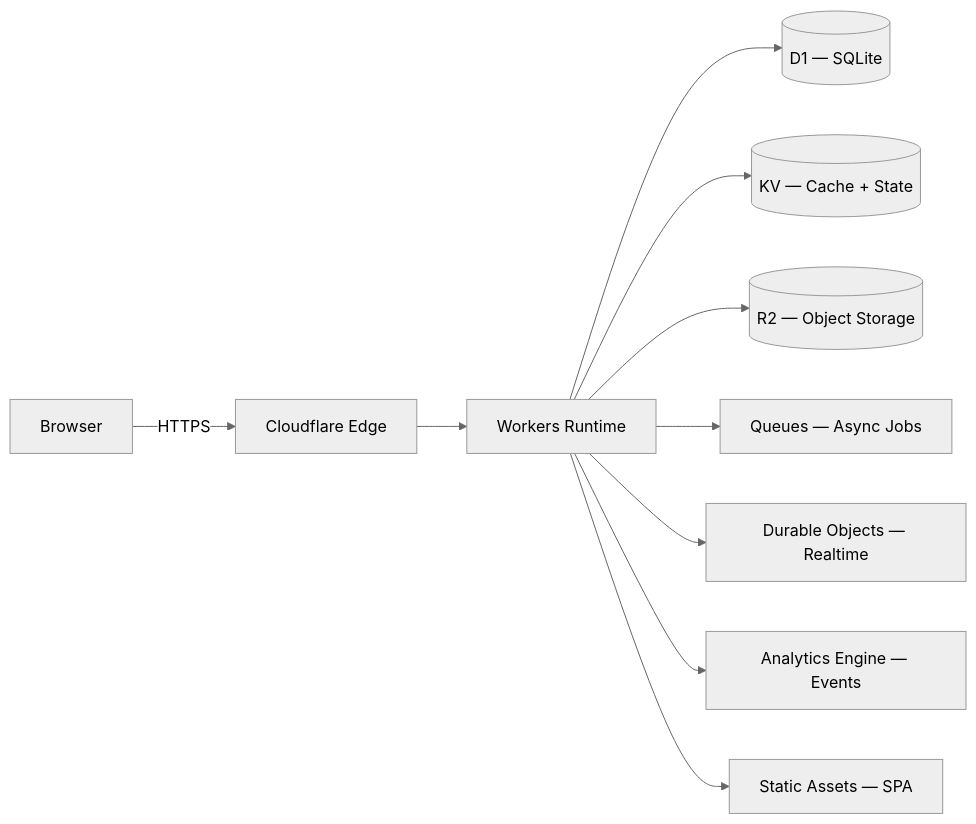
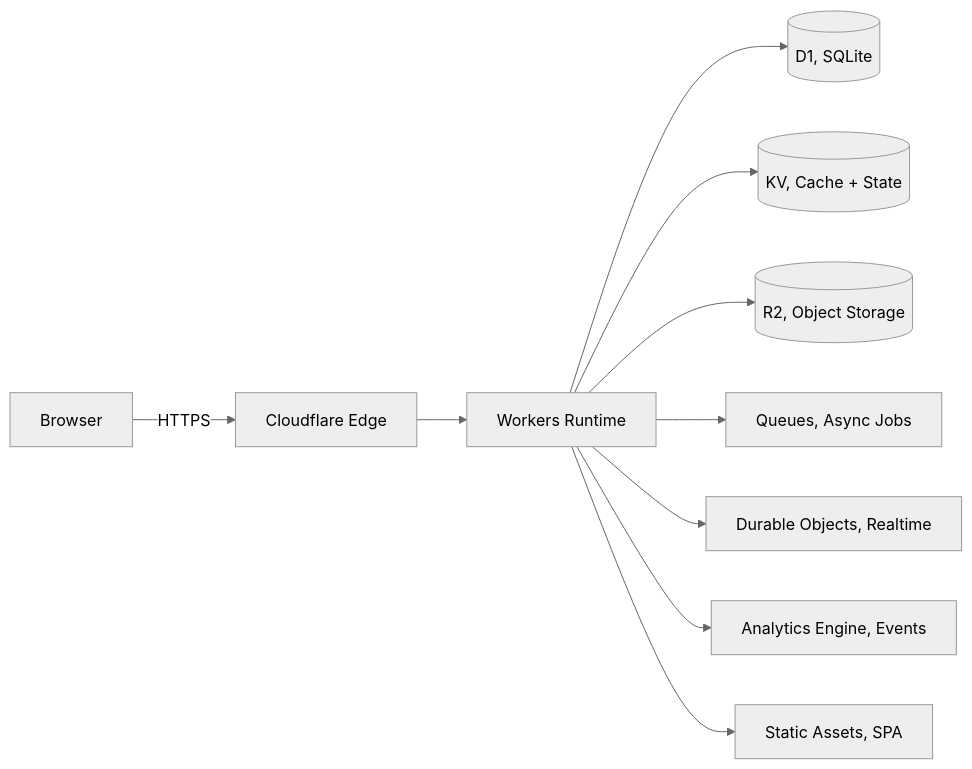
Before and after one commit to thinkdj/ottabase: the fourth of 13 diagrams in ARCHITECTURE.md, drawn with Mermaid (neutral theme). The commit also changed other lines of this file and 778 other files, not shown here.

````diff
--- a/ARCHITECTURE.md
+++ b/ARCHITECTURE.md
@@ -151,13 +151,13 @@
 ```mermaid
 flowchart LR
     Client[Browser] -->|HTTPS| Edge[Cloudflare Edge]
 
     Edge --> Worker[Workers Runtime]
-    Worker --> D1[(D1 — SQLite)]
-    Worker --> KV[(KV — Cache + State)]
-    Worker --> R2[(R2 — Object Storage)]
-    Worker --> Queue[Queues — Async Jobs]
-    Worker --> DO[Durable Objects — Realtime]
-    Worker --> WAE[Analytics Engine — Events]
-    Worker --> Assets[Static Assets — SPA]
+    Worker --> D1[(D1, SQLite)]
+    Worker --> KV[(KV, Cache + State)]
+    Worker --> R2[(R2, Object Storage)]
+    Worker --> Queue[Queues, Async Jobs]
+    Worker --> DO[Durable Objects, Realtime]
+    Worker --> WAE[Analytics Engine, Events]
+    Worker --> Assets[Static Assets, SPA]
 ```
````
